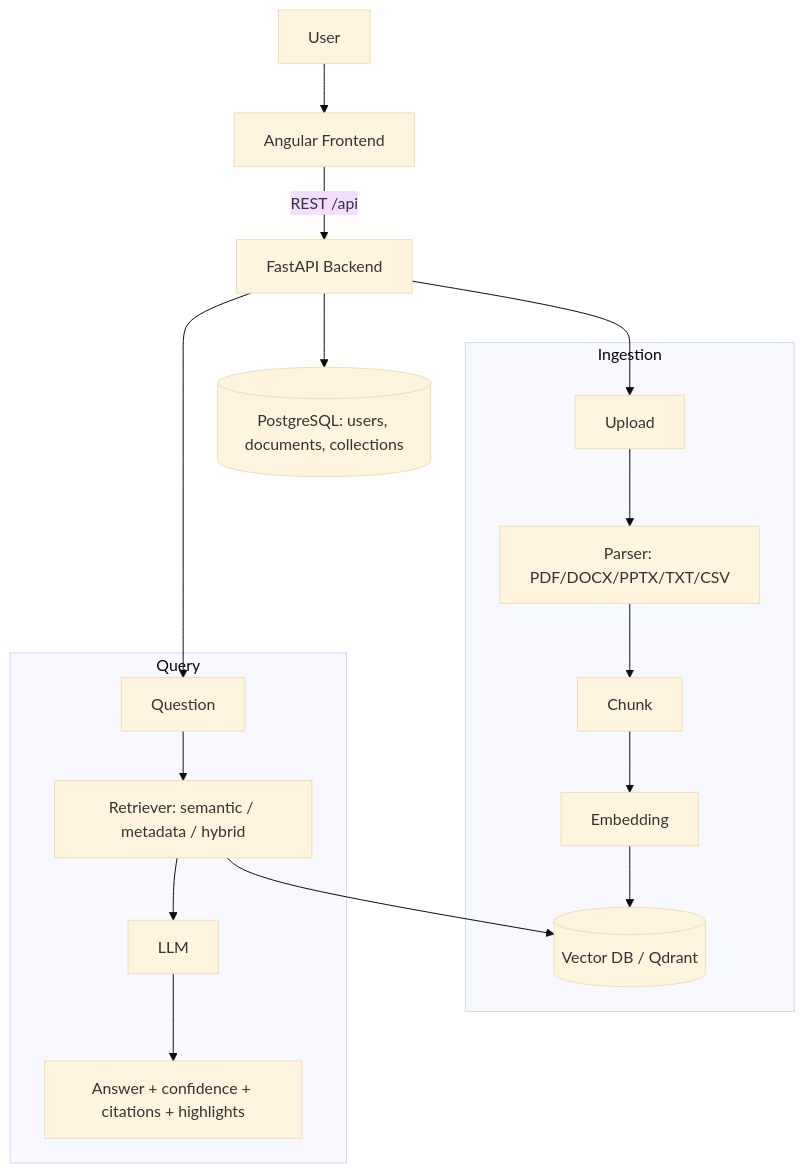
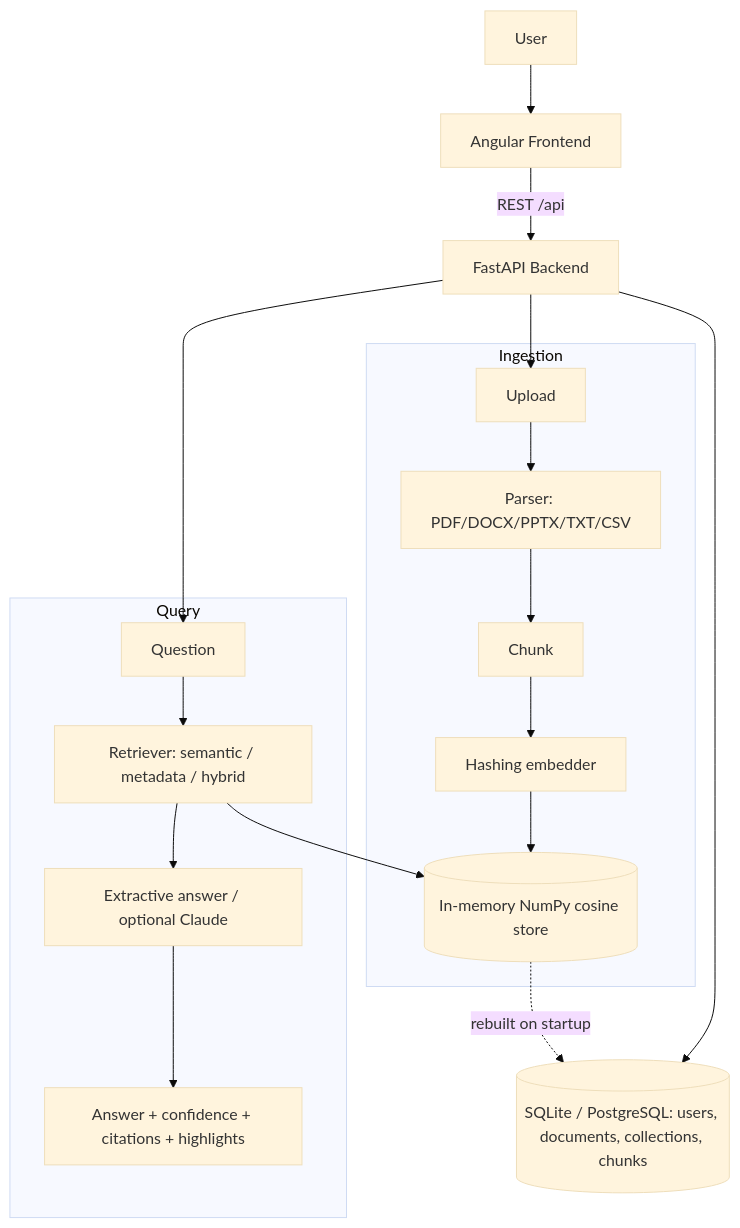
The diagram in README.md (ranjan-del/enterprise-rag-knowledge-assistant), drawn with Mermaid (base theme) before and after one commit. The commit also changed other lines of this file and 78 other files, not shown here.

````diff
--- a/README.md
+++ b/README.md
@@ -9,23 +9,24 @@
 ```mermaid
 flowchart TD
     U[User] --> FE[Angular Frontend]
     FE -->|REST /api| BE[FastAPI Backend]
 
     subgraph Ingestion
         UP[Upload] --> PARSE[Parser: PDF/DOCX/PPTX/TXT/CSV]
         PARSE --> CHUNK[Chunk]
-        CHUNK --> EMBED[Embedding]
-        EMBED --> VDB[(Vector DB / Qdrant)]
+        CHUNK --> EMBED[Hashing embedder]
+        EMBED --> VDB[(In-memory NumPy cosine store)]
     end
 
     subgraph Query
         Q[Question] --> RET[Retriever: semantic / metadata / hybrid]
         RET --> VDB
-        RET --> LLM[LLM]
-        LLM --> ANS[Answer + confidence + citations + highlights]
+        RET --> GEN[Extractive answer / optional Claude]
+        GEN --> ANS[Answer + confidence + citations + highlights]
     end
 
     BE --> UP
     BE --> Q
-    BE --> PG[(PostgreSQL: users, documents, collections)]
+    BE --> DB[(SQLite / PostgreSQL: users, documents, collections, chunks)]
+    VDB -. rebuilt on startup .-> DB
 ```
````
